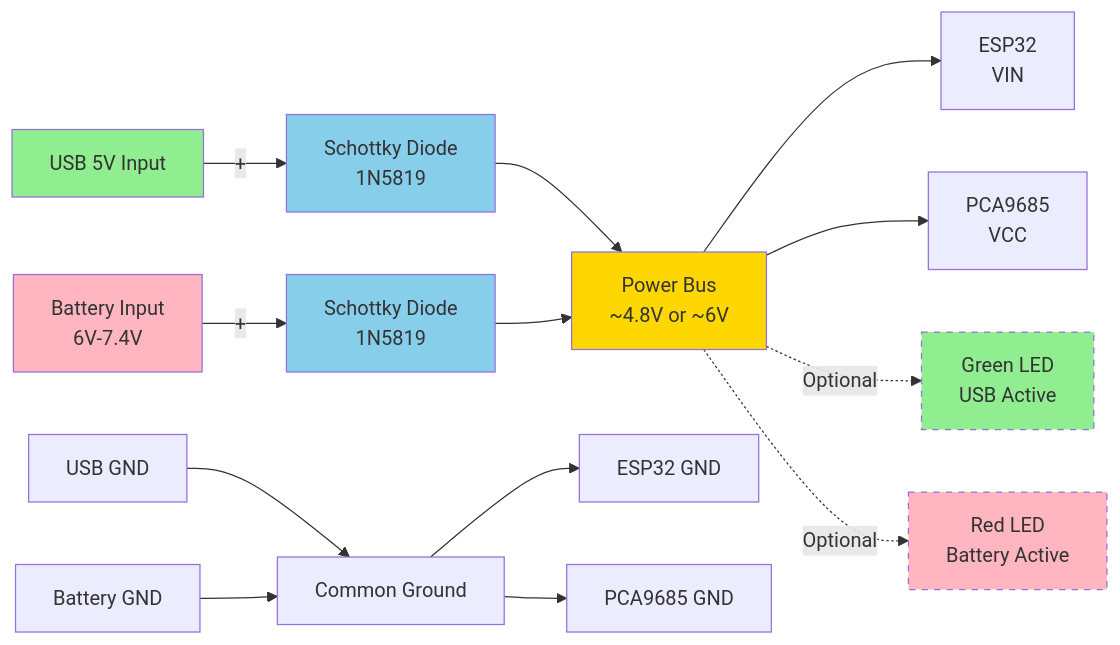
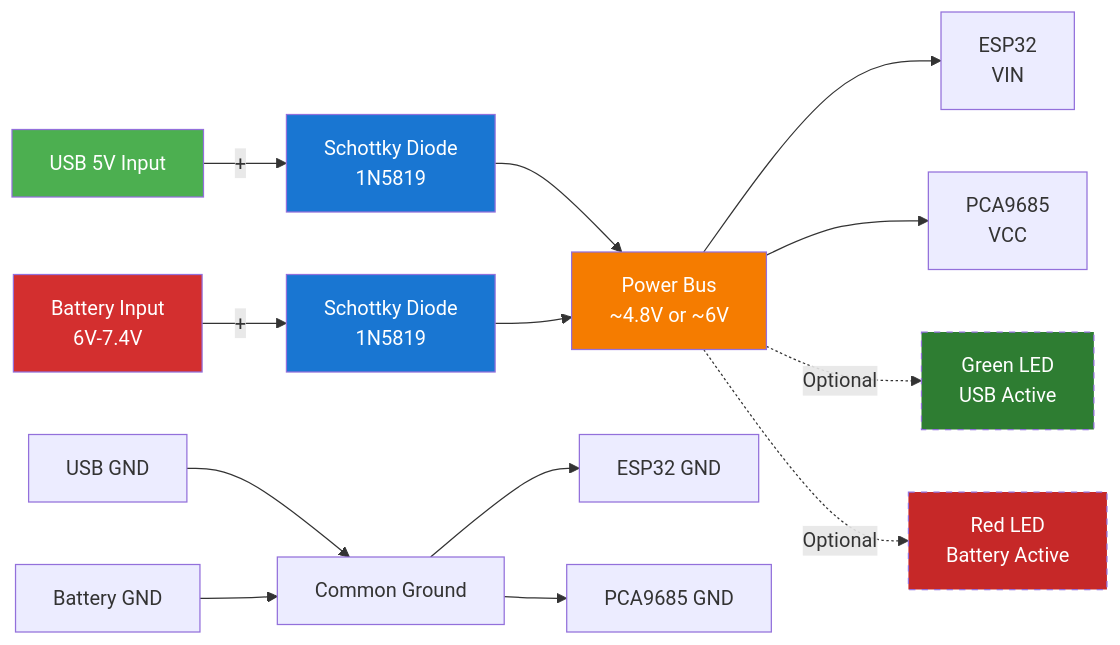
The diagram in docs/adr/002-hexapod-physical-model-analysis.md (esumerfd/robot-spider), drawn with Mermaid before and after one commit.

Commit message:
Improve Mermaid diagram readability with darker colors
Update circuit diagram colors from bright pastels to darker shades
with white text for better readability.

Color changes:
- USB: Light green → Darker green (#4CAF50)
- Battery: Light pink → Darker red (#D32F2F)
- Power Bus: Bright gold → Darker orange (#F57C00)
- Diodes: Light blue → Darker blue (#1976D2)
- LED indicators: Matching darker shades

All boxes now use white text (color:#fff) for optimal contrast
against the darker backgrounds.

🤖 Generated with [Claude Code](https://claude.com/claude-code)

````diff
--- a/docs/adr/002-hexapod-physical-model-analysis.md
+++ b/docs/adr/002-hexapod-physical-model-analysis.md
@@ -271,25 +271,25 @@
    ```mermaid
    graph LR
        USB[USB 5V Input] -->|"+"| D1[Schottky Diode<br/>1N5819]
        BAT[Battery Input<br/>6V-7.4V] -->|"+"| D2[Schottky Diode<br/>1N5819]
        D1 --> VBUS[Power Bus<br/>~4.8V or ~6V]
        D2 --> VBUS
        VBUS --> ESP32[ESP32<br/>VIN]
        VBUS --> PCA[PCA9685<br/>VCC]
 
        USB_GND[USB GND] --> GND[Common Ground]
        BAT_GND[Battery GND] --> GND
        GND --> ESP32_GND[ESP32 GND]
        GND --> PCA_GND[PCA9685 GND]
 
        VBUS -.->|Optional| LED1[Green LED<br/>USB Active]
        VBUS -.->|Optional| LED2[Red LED<br/>Battery Active]
 
-       style USB fill:#90EE90
-       style BAT fill:#FFB6C1
-       style VBUS fill:#FFD700
-       style D1 fill:#87CEEB
-       style D2 fill:#87CEEB
-       style LED1 fill:#90EE90,stroke-dasharray: 5 5
-       style LED2 fill:#FFB6C1,stroke-dasharray: 5 5
+       style USB fill:#4CAF50,color:#fff
+       style BAT fill:#D32F2F,color:#fff
+       style VBUS fill:#F57C00,color:#fff
+       style D1 fill:#1976D2,color:#fff
+       style D2 fill:#1976D2,color:#fff
+       style LED1 fill:#2E7D32,color:#fff,stroke-dasharray: 5 5
+       style LED2 fill:#C62828,color:#fff,stroke-dasharray: 5 5
    ```
````
